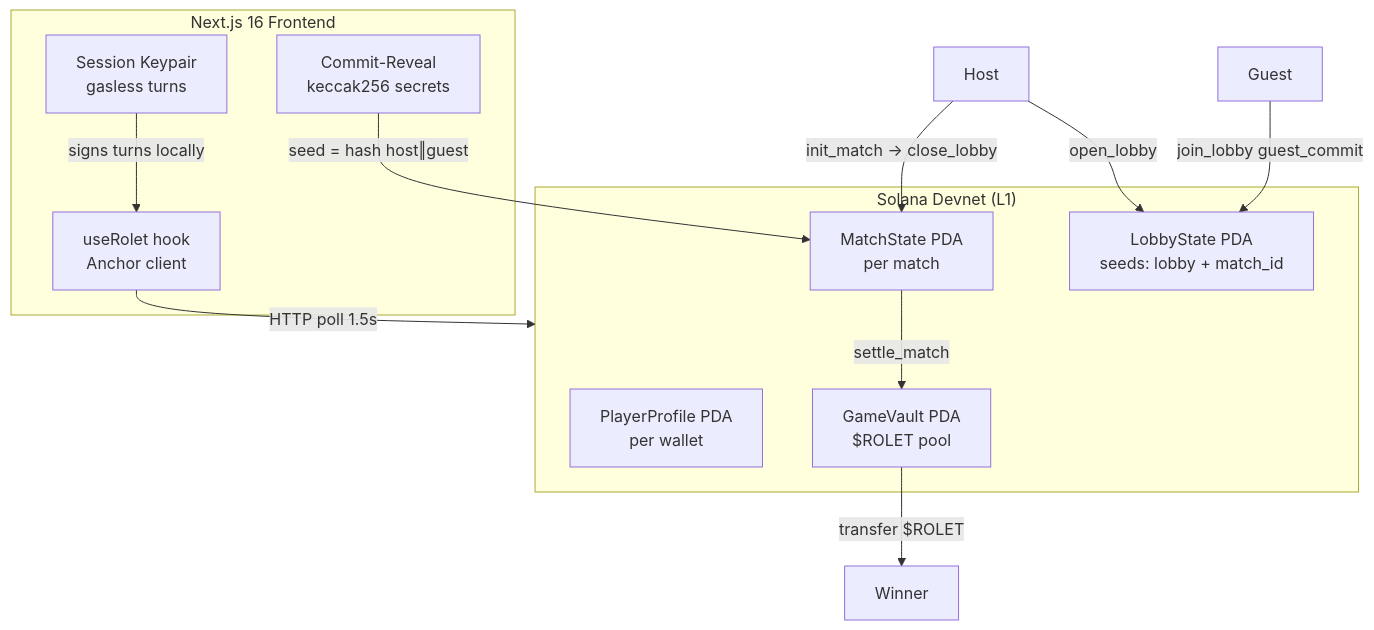
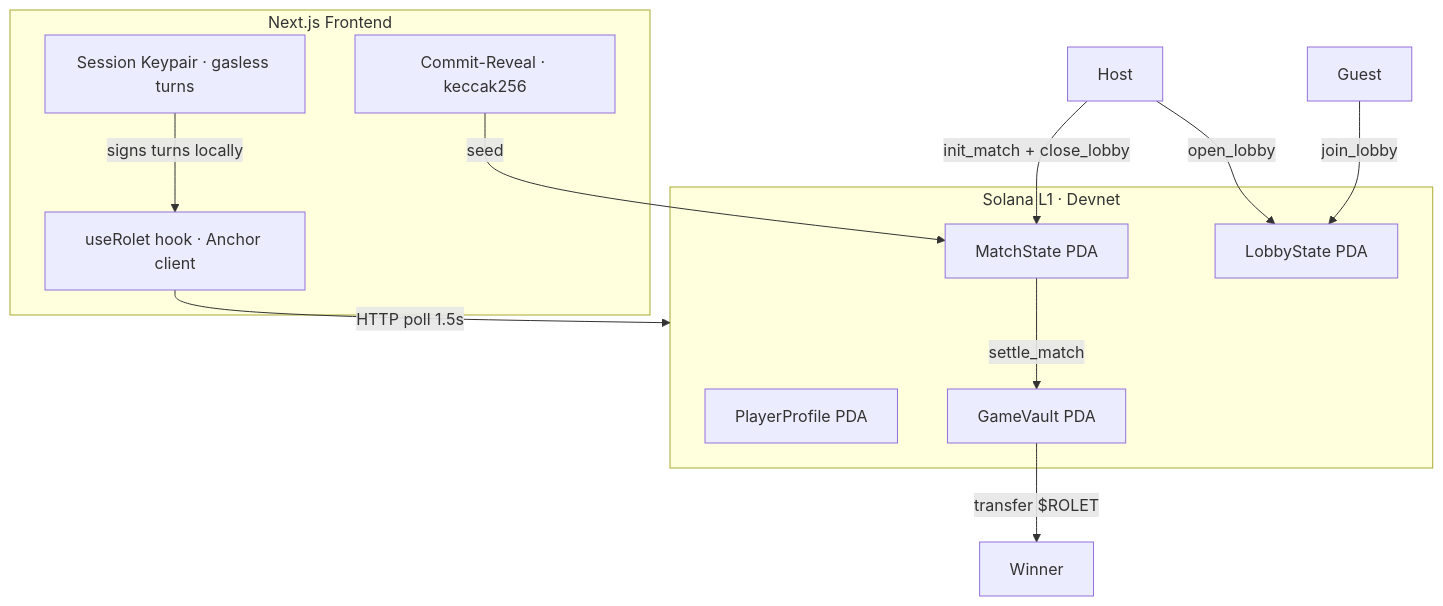
The diagram in README.md (SmtDcs/rolet-web), drawn with Mermaid before and after one commit. The commit also changed other lines of this file and 2 other files, not shown here.

````diff
--- a/README.md
+++ b/README.md
@@ -80,25 +79,25 @@
 ```mermaid
 graph TD
-    subgraph Solana["Solana Devnet (L1)"]
-        PP[PlayerProfile PDA\nper wallet]
-        LS[LobbyState PDA\nseeds: lobby + match_id]
-        MS[MatchState PDA\nper match]
-        GV[GameVault PDA\n$ROLET pool]
+    subgraph Solana["Solana L1 · Devnet"]
+        PP[PlayerProfile PDA]
+        LS[LobbyState PDA]
+        MS[MatchState PDA]
+        GV[GameVault PDA]
     end
 
-    subgraph Frontend["Next.js 16 Frontend"]
-        UR[useRolet hook\nAnchor client]
-        SK[Session Keypair\ngasless turns]
-        CR[Commit-Reveal\nkeccak256 secrets]
+    subgraph Frontend["Next.js Frontend"]
+        UR[useRolet hook · Anchor client]
+        SK[Session Keypair · gasless turns]
+        CR[Commit-Reveal · keccak256]
     end
 
     Host -->|open_lobby| LS
-    Guest -->|join_lobby guest_commit| LS
-    Host -->|init_match → close_lobby| MS
+    Guest -->|join_lobby| LS
+    Host -->|init_match + close_lobby| MS
     MS -->|settle_match| GV
     GV -->|transfer $ROLET| Winner
 
     UR -->|HTTP poll 1.5s| Solana
     SK -->|signs turns locally| UR
-    CR -->|seed = hash host‖guest| MS
+    CR -->|seed| MS
 ```
````
